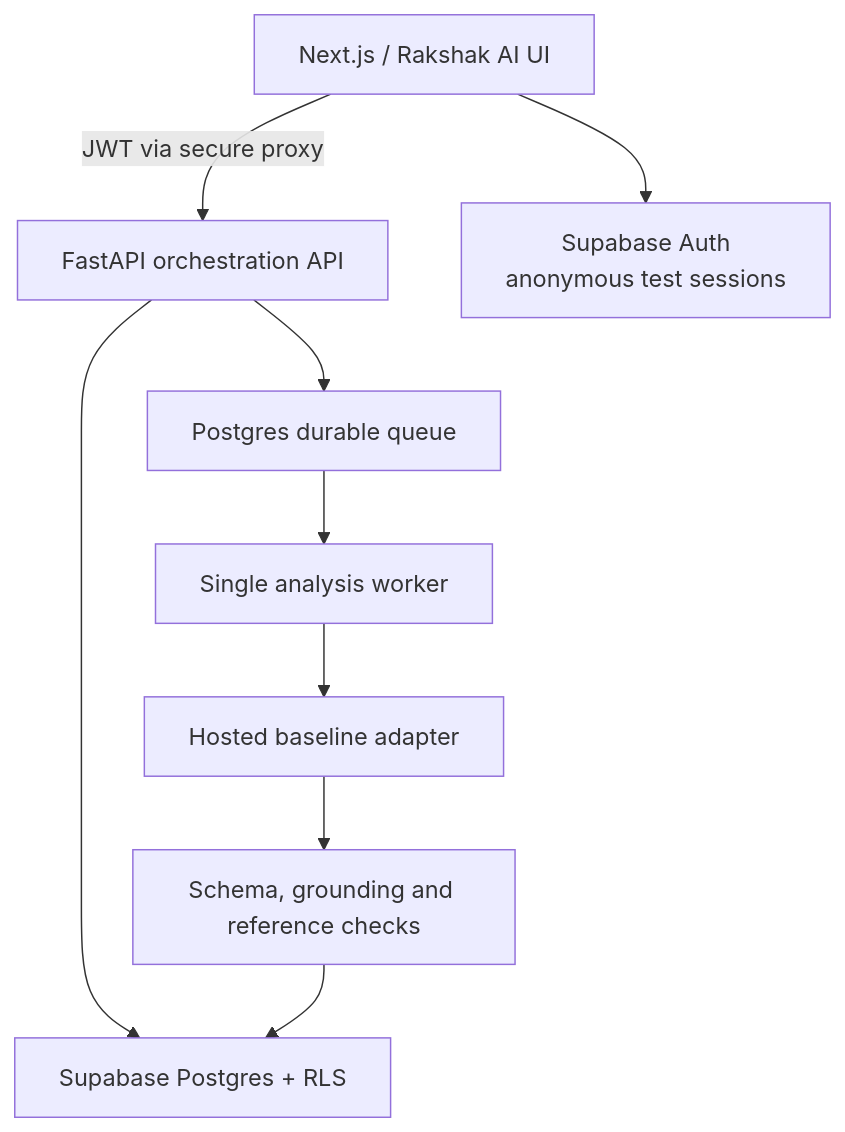
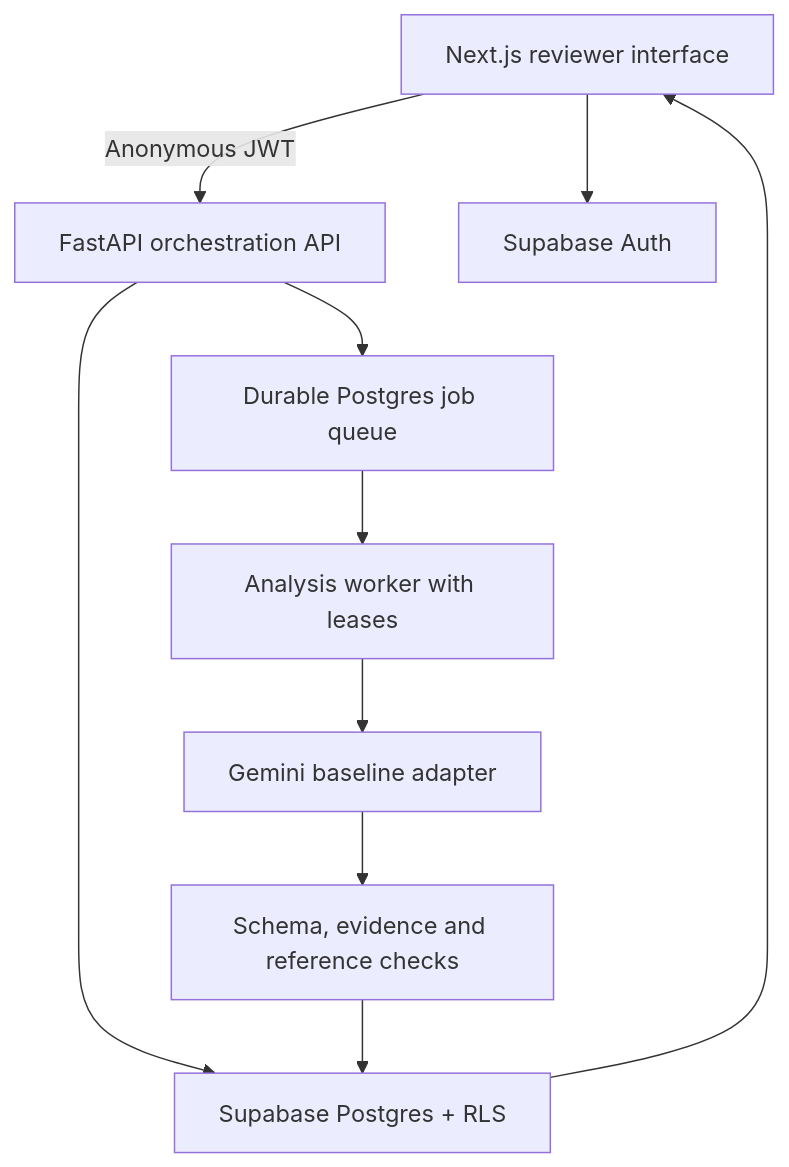
The second of 2 diagrams in README.md (harshit-164/Rakshak-AI), drawn with Mermaid before and after one commit. The commit also changed other lines of this file and 44 other files, not shown here.

````diff
--- a/README.md
+++ b/README.md
@@ -34,11 +44,12 @@
 ```mermaid
 flowchart TB
-    UI[Next.js / Rakshak AI UI] -->|JWT via secure proxy| API[FastAPI orchestration API]
-    UI --> AUTH[Supabase Auth\nanonymous test sessions]
+    UI[Next.js reviewer interface] -->|Anonymous JWT| API[FastAPI orchestration API]
+    UI --> AUTH[Supabase Auth]
     API --> DB[Supabase Postgres + RLS]
-    API --> Q[Postgres durable queue]
-    Q --> W[Single analysis worker]
-    W --> M[Hosted baseline adapter]
-    M --> V[Schema, grounding and reference checks]
+    API --> Q[Durable Postgres job queue]
+    Q --> W[Analysis worker with leases]
+    W --> M[Gemini baseline adapter]
+    M --> V[Schema, evidence and reference checks]
     V --> DB
+    DB --> UI
 ```
````
